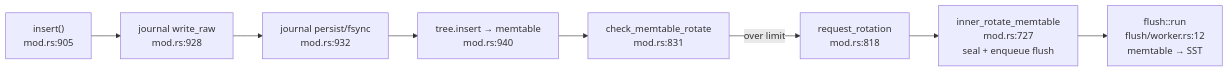
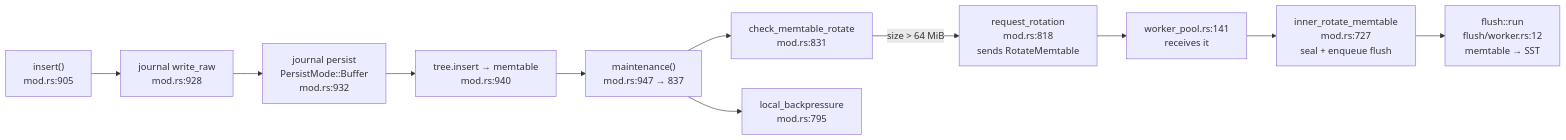
One commit to AviAvni/database-learning-path changed the diagram in topics/01-storage-engine-landscape/reading-fjall.md. Above: the diagram before and after it, drawn with Mermaid. The commit also changed other lines of this file and 7 other files, not shown here.

````diff
--- a/topics/01-storage-engine-landscape/reading-fjall.md
+++ b/topics/01-storage-engine-landscape/reading-fjall.md
@@ -190,10 +353,13 @@
 ```mermaid
 flowchart LR
     I["insert()<br/>mod.rs:905"] --> J["journal write_raw<br/>mod.rs:928"]
-    J --> P["journal persist/fsync<br/>mod.rs:932"]
+    J --> P["journal persist<br/>PersistMode::Buffer<br/>mod.rs:932"]
     P --> M["tree.insert → memtable<br/>mod.rs:940"]
-    M --> C["check_memtable_rotate<br/>mod.rs:831"]
-    C -- over limit --> R["request_rotation<br/>mod.rs:818"]
-    R --> S["inner_rotate_memtable<br/>mod.rs:727<br/>seal + enqueue flush"]
+    M --> A["maintenance()<br/>mod.rs:947 → 837"]
+    A --> C["check_memtable_rotate<br/>mod.rs:831"]
+    A --> B["local_backpressure<br/>mod.rs:795"]
+    C -- "size > 64 MiB" --> R["request_rotation<br/>mod.rs:818<br/>sends RotateMemtable"]
+    R --> W["worker_pool.rs:141<br/>receives it"]
+    W --> S["inner_rotate_memtable<br/>mod.rs:727<br/>seal + enqueue flush"]
     S --> F["flush::run<br/>flush/worker.rs:12<br/>memtable → SST"]
 ```
````
